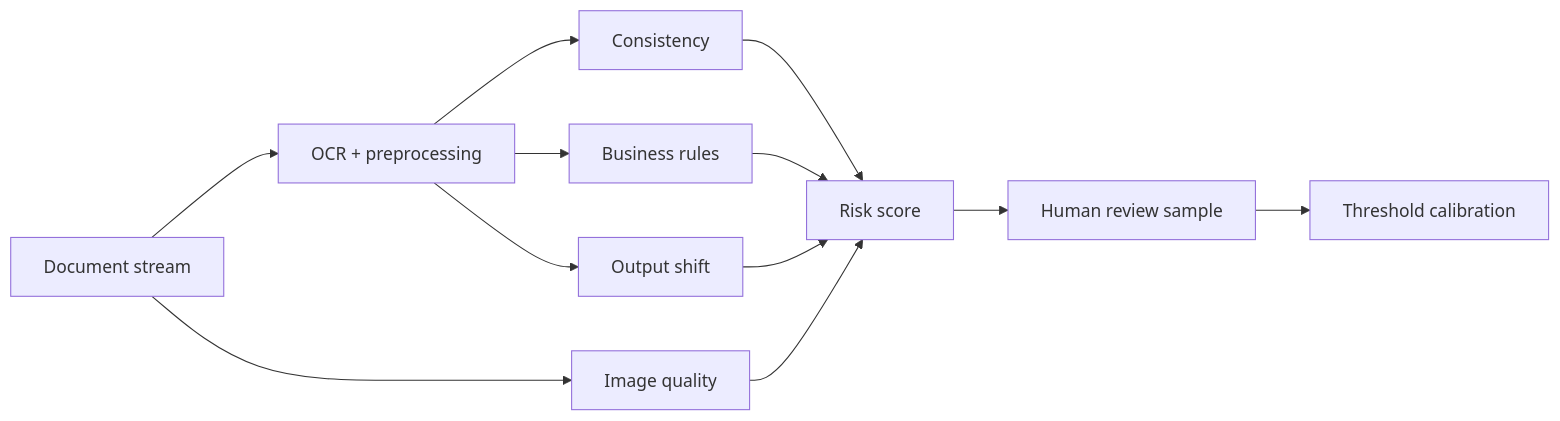
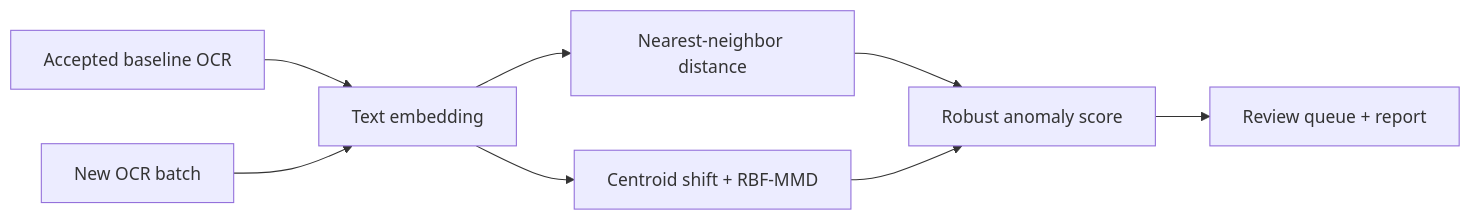
The diagram in README.md (yoon-chan-hyeok/ocr-quality-monitoring), drawn with Mermaid before and after one commit. The commit also changed other lines of this file and 18 other files, not shown here.

````diff
--- a/README.md
+++ b/README.md
@@ -33,14 +31,10 @@
 ```mermaid
 flowchart LR
-    D["Document stream"] --> P["OCR + preprocessing"]
-    P --> S1["Consistency"]
-    P --> S2["Business rules"]
-    D --> S3["Image quality"]
-    P --> S4["Output shift"]
-    S1 --> R["Risk score"]
-    S2 --> R
-    S3 --> R
-    S4 --> R
-    R --> H["Human review sample"]
-    H --> C["Threshold calibration"]
+    A["Accepted baseline OCR"] --> E["Text embedding"]
+    B["New OCR batch"] --> E
+    E --> N["Nearest-neighbor distance"]
+    E --> C["Centroid shift + RBF-MMD"]
+    N --> R["Robust anomaly score"]
+    C --> R
+    R --> O["Review queue + report"]
 ```
````
